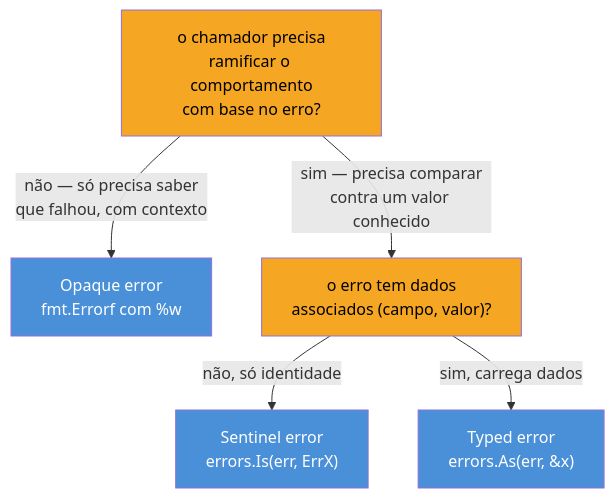
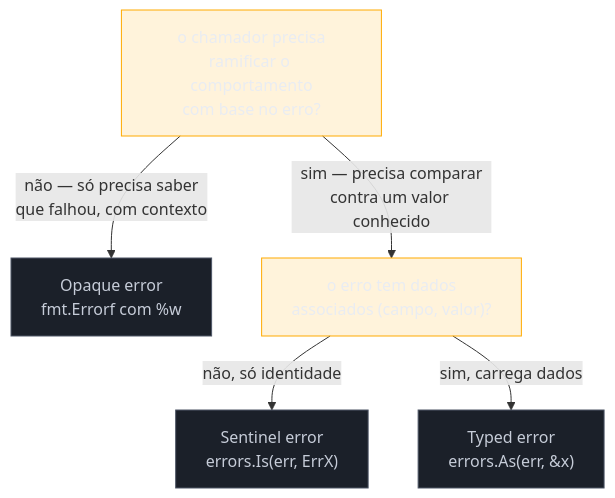
One commit to josenaldo/codex-technomanticus changed the second of 2 diagrams in 03-Dominios/Tecnologia/Go/04 - Erros como valor/06 - Estratégias de tratamento de erro.md. Above: the diagram before and after it, drawn with Mermaid. The commit also changed other lines of this file and 1181 other files, not shown here.

First line of the commit message:
fix(diagramas): paleta do sistema no lugar de cor cravada no markdown

````diff
--- a/03-Dominios/Tecnologia/Go/04 - Erros como valor/06 - Estratégias de tratamento de erro.md
+++ b/03-Dominios/Tecnologia/Go/04 - Erros como valor/06 - Estratégias de tratamento de erro.md
@@ -147,13 +149,15 @@
 ```mermaid
 flowchart TD
+    classDef destaque fill:#FFAA0024,stroke:#FFAA00,color:#E9ECF2
+    classDef neutro fill:#1B2029,stroke:#4E5666,color:#C6CCD8
     Q["o chamador precisa\nramificar o comportamento\ncom base no erro?"] -->|"não — só precisa saber\nque falhou, com contexto"| Opaque["Opaque error\nfmt.Errorf com %w"]
     Q -->|"sim — precisa comparar\ncontra um valor conhecido"| Q2["o erro tem dados\nassociados (campo, valor)?"]
     Q2 -->|"não, só identidade"| Sentinel["Sentinel error\nerrors.Is(err, ErrX)"]
     Q2 -->|"sim, carrega dados"| Typed["Typed error\nerrors.As(err, &x)"]
 
-    style Q fill:#F5A623,color:#000
-    style Q2 fill:#F5A623,color:#000
-    style Opaque fill:#4A90D9,color:#fff
-    style Sentinel fill:#4A90D9,color:#fff
-    style Typed fill:#4A90D9,color:#fff
+    class Q destaque
+    class Q2 destaque
+    class Opaque neutro
+    class Sentinel neutro
+    class Typed neutro
 ```
````
